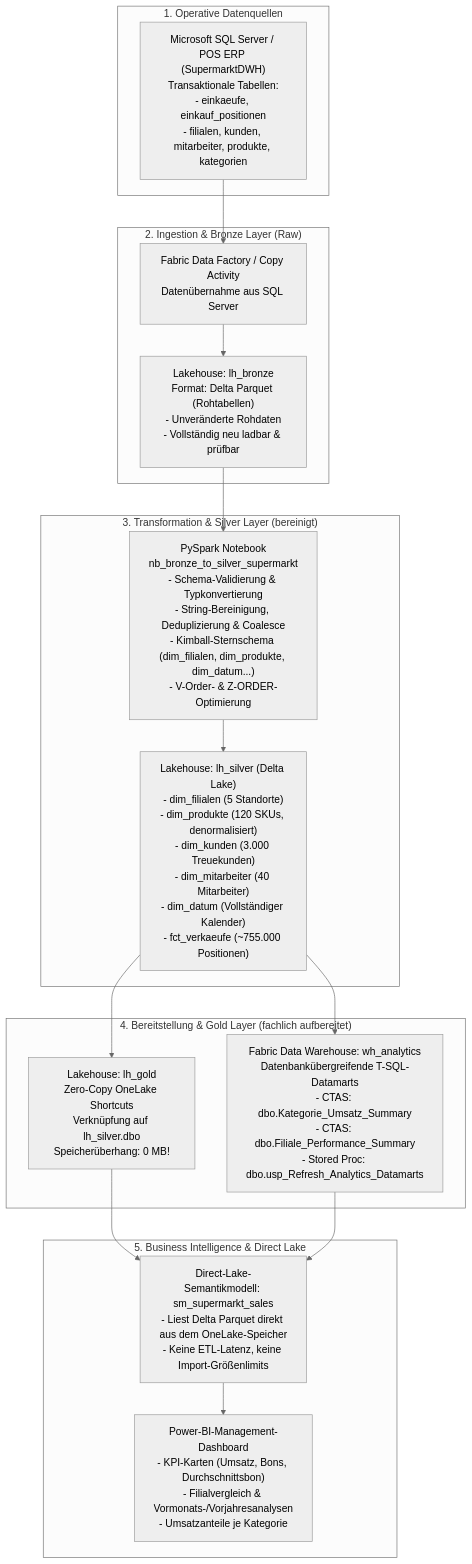
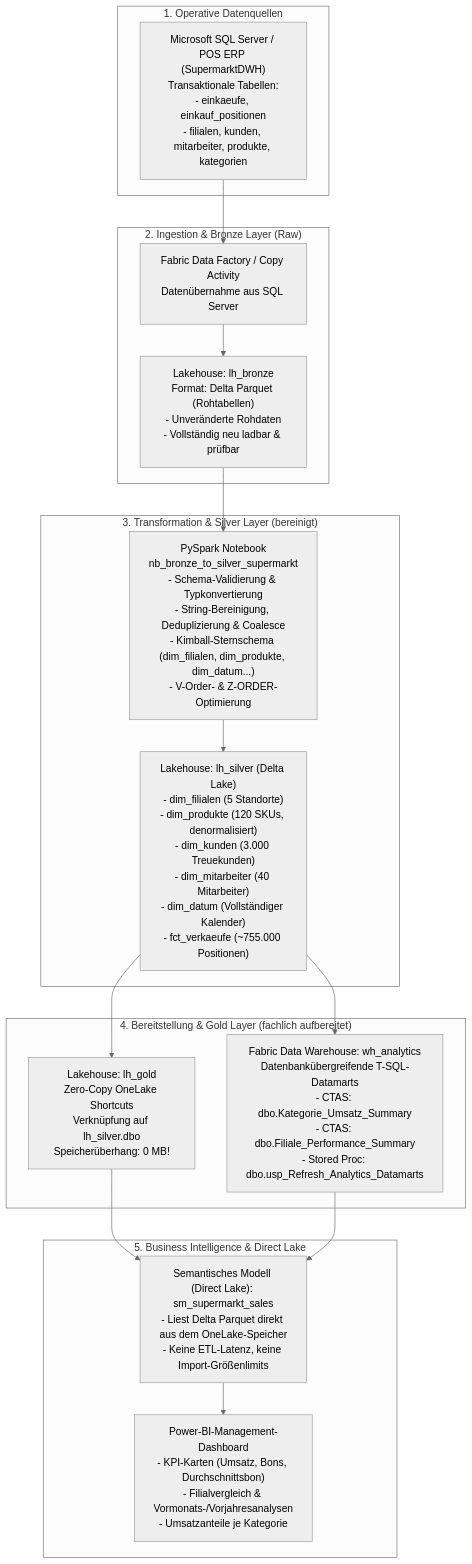
The diagram in README.md (alefritz19/Supermarkt-Medallion-Lakehouse-Fabric), drawn with Mermaid (neutral theme) before and after one commit. The commit also changed other lines of this file and 1 other file, not shown here.

Commit message:
docs: use 'semantisches Modell' as in German Fabric/Power BI UI

````diff
--- a/README.md
+++ b/README.md
@@ -22,34 +22,34 @@
 ```mermaid
 flowchart TD
     subgraph OnPrem["1. Operative Datenquellen"]
         SQL["Microsoft SQL Server / POS ERP (SupermarktDWH)\nTransaktionale Tabellen:\n- einkaeufe, einkauf_positionen\n- filialen, kunden, mitarbeiter, produkte, kategorien"]
     end
 
     subgraph FabricBronze["2. Ingestion & Bronze Layer (Raw)"]
         GW["Fabric Data Factory / Copy Activity\nDatenübernahme aus SQL Server"]
         Bronze["Lakehouse: lh_bronze\nFormat: Delta Parquet (Rohtabellen)\n- Unveränderte Rohdaten\n- Vollständig neu ladbar & prüfbar"]
     end
 
     subgraph FabricSilver["3. Transformation & Silver Layer (bereinigt)"]
         NB["PySpark Notebook\nnb_bronze_to_silver_supermarkt\n- Schema-Validierung & Typkonvertierung\n- String-Bereinigung, Deduplizierung & Coalesce\n- Kimball-Sternschema (dim_filialen, dim_produkte, dim_datum...)\n- V-Order- & Z-ORDER-Optimierung"]
         Silver["Lakehouse: lh_silver (Delta Lake)\n- dim_filialen (5 Standorte)\n- dim_produkte (120 SKUs, denormalisiert)\n- dim_kunden (3.000 Treuekunden)\n- dim_mitarbeiter (40 Mitarbeiter)\n- dim_datum (Vollständiger Kalender)\n- fct_verkaeufe (~755.000 Positionen)"]
     end
 
     subgraph FabricGold["4. Bereitstellung & Gold Layer (fachlich aufbereitet)"]
         Gold["Lakehouse: lh_gold\nZero-Copy OneLake Shortcuts\nVerknüpfung auf lh_silver.dbo\nSpeicherüberhang: 0 MB!"]
         WH["Fabric Data Warehouse: wh_analytics\nDatenbankübergreifende T-SQL-Datamarts\n- CTAS: dbo.Kategorie_Umsatz_Summary\n- CTAS: dbo.Filiale_Performance_Summary\n- Stored Proc: dbo.usp_Refresh_Analytics_Datamarts"]
     end
 
     subgraph PowerBI["5. Business Intelligence & Direct Lake"]
-        SM["Direct-Lake-Semantikmodell: sm_supermarkt_sales\n- Liest Delta Parquet direkt aus dem OneLake-Speicher\n- Keine ETL-Latenz, keine Import-Größenlimits"]
+        SM["Semantisches Modell (Direct Lake): sm_supermarkt_sales\n- Liest Delta Parquet direkt aus dem OneLake-Speicher\n- Keine ETL-Latenz, keine Import-Größenlimits"]
         Report["Power-BI-Management-Dashboard\n- KPI-Karten (Umsatz, Bons, Durchschnittsbon)\n- Filialvergleich & Vormonats-/Vorjahresanalysen\n- Umsatzanteile je Kategorie"]
     end
 
     SQL --> GW --> Bronze
     Bronze --> NB --> Silver
     Silver --> Gold
     Silver --> WH
     Gold --> SM
     WH --> SM
     SM --> Report
 ```
````
